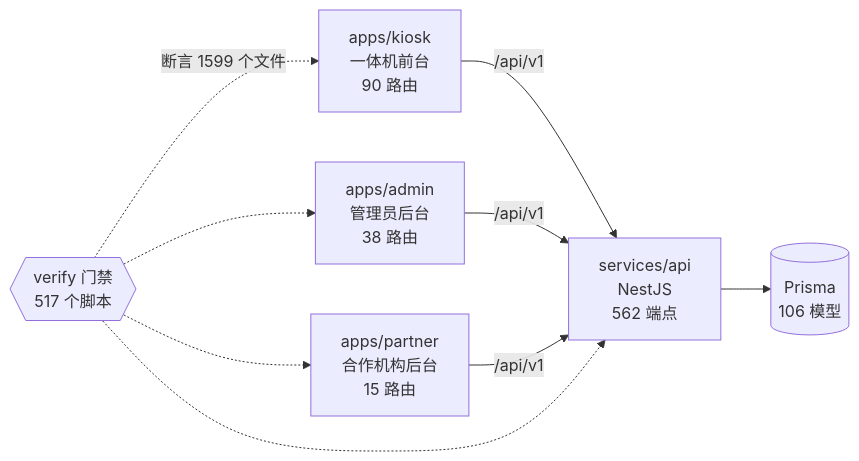
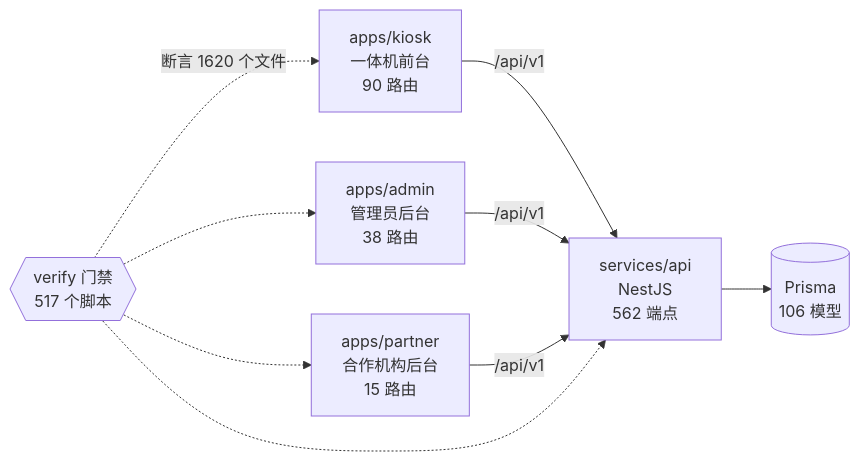
The diagram in docs/graph/README.md (wanglei581/YITIJI), drawn with Mermaid before and after one commit. The commit also changed other lines of this file and 7 other files, not shown here.

````diff
--- a/docs/graph/README.md
+++ b/docs/graph/README.md
@@ -68,18 +68,18 @@
 ```mermaid
 flowchart LR
   kiosk["apps/kiosk<br/>一体机前台<br/>90 路由"]
   admin["apps/admin<br/>管理员后台<br/>38 路由"]
   partner["apps/partner<br/>合作机构后台<br/>15 路由"]
   api["services/api<br/>NestJS<br/>562 端点"]
   db[("Prisma<br/>106 模型")]
   gates{{"verify 门禁<br/>517 个脚本"}}
 
   kiosk -->|"/api/v1"| api
   admin -->|"/api/v1"| api
   partner -->|"/api/v1"| api
   api --> db
-  gates -.->|"断言 1599 个文件"| kiosk
+  gates -.->|"断言 1620 个文件"| kiosk
   gates -.-> admin
   gates -.-> partner
   gates -.-> api
 ```
````
